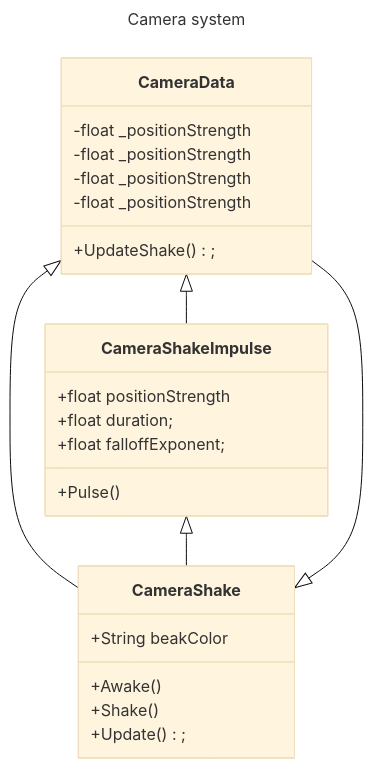
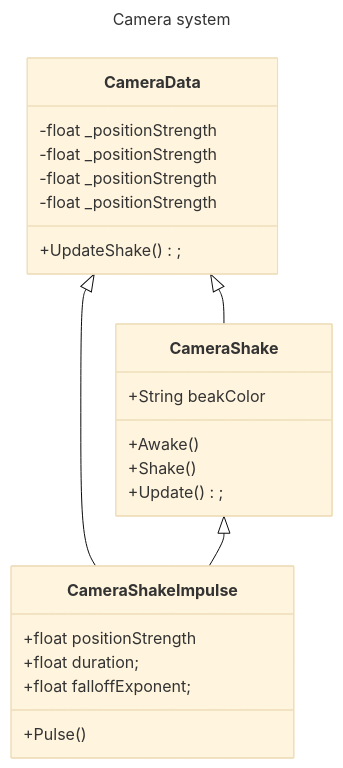
The second of 2 diagrams in README.md (Calvin-Davidson/Examen), drawn with Mermaid (base theme) before and after one commit.

````diff
--- a/README.md
+++ b/README.md
@@ -82,29 +82,28 @@
 ```mermaid
 ---
 title: Camera system
 ---
 classDiagram
+    CameraData <|-- CameraShakeImpulse
+    CameraShake <|-- CameraShakeImpulse
     CameraData <|-- CameraShake
-    CameraData <|-- CameraShakeImpulse
-    CameraShakeImpulse <|-- CameraShake
-    CameraShake <|-- CameraData
     class CameraShake{
         +String beakColor
         +Awake()
         +Shake()
         +Update();
     }
     class CameraData{
         -float _positionStrength
         -float _positionStrength
         -float _positionStrength
         -float _positionStrength
         +UpdateShake();
     }
     class CameraShakeImpulse{
         +float positionStrength
         +float duration;
         +float falloffExponent;
         +Pulse()
     }
 ```
````
